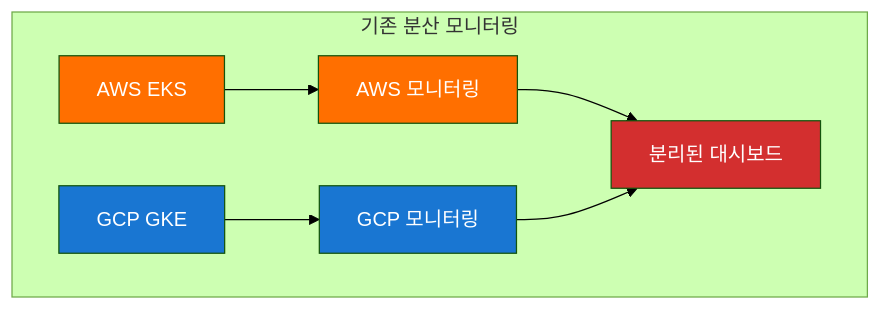
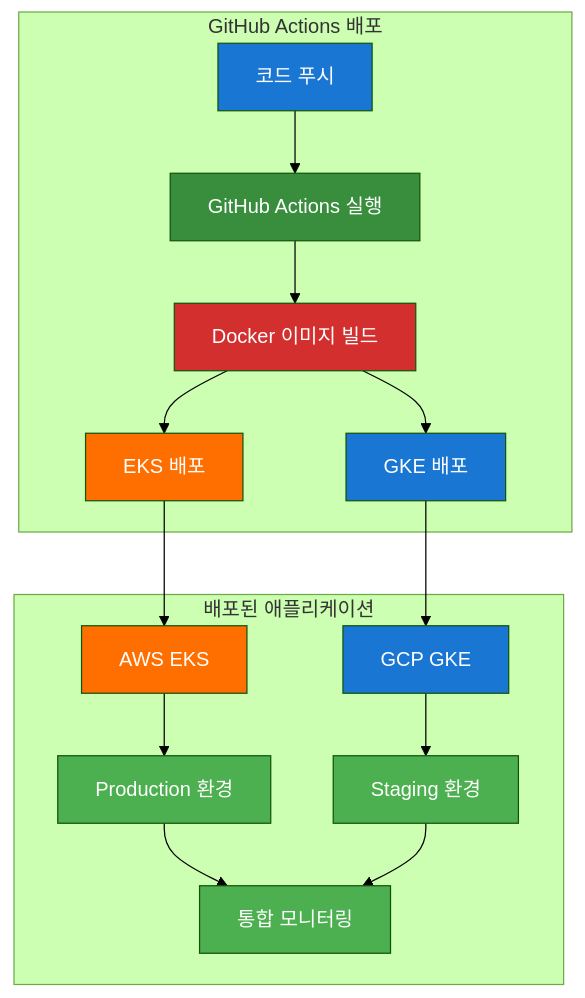
Before and after one commit to jungfrau70/mcp_cloud: the eighth of 9 diagrams in mcp_knowledge_base/cloud_intermediate/lectures/day2/Day2_통합강의안_오후.md, drawn with Mermaid (forest theme). The commit also changed other lines of this file, not shown here.

````diff
--- a/mcp_knowledge_base/cloud_intermediate/lectures/day2/Day2_통합강의안_오후.md
+++ b/mcp_knowledge_base/cloud_intermediate/lectures/day2/Day2_통합강의안_오후.md
@@ -676,15 +600,30 @@
 ```mermaid
 flowchart TD
-    subgraph "기존 분산 모니터링"
-        A["AWS EKS"] --> B["AWS 모니터링"]
-        C["GCP GKE"] --> D["GCP 모니터링"]
-        B --> E["분리된 대시보드"]
-        D --> E
+    subgraph "GitHub Actions 배포"
+        A["코드 푸시"] --> B["GitHub Actions 실행"]
+        B --> C["Docker 이미지 빌드"]
+        C --> D["EKS 배포"]
+        C --> E["GKE 배포"]
     end
     
-    style A fill:#ff6f00,color:#ffffff
-    style B fill:#ff6f00,color:#ffffff
-    style C fill:#1976d2,color:#ffffff
-    style D fill:#1976d2,color:#ffffff
-    style E fill:#d32f2f,color:#ffffff
+    subgraph "배포된 애플리케이션"
+        F["AWS EKS"] --> G["Production 환경"]
+        H["GCP GKE"] --> I["Staging 환경"]
+        G --> J["통합 모니터링"]
+        I --> J
+    end
+    
+    D --> F
+    E --> H
+    
+    style A fill:#1976d2,color:#ffffff
+    style B fill:#388e3c,color:#ffffff
+    style C fill:#d32f2f,color:#ffffff
+    style D fill:#ff6f00,color:#ffffff
+    style E fill:#1976d2,color:#ffffff
+    style F fill:#ff6f00,color:#ffffff
+    style G fill:#4caf50,color:#ffffff
+    style H fill:#1976d2,color:#ffffff
+    style I fill:#4caf50,color:#ffffff
+    style J fill:#4caf50,color:#ffffff
 ```
````
